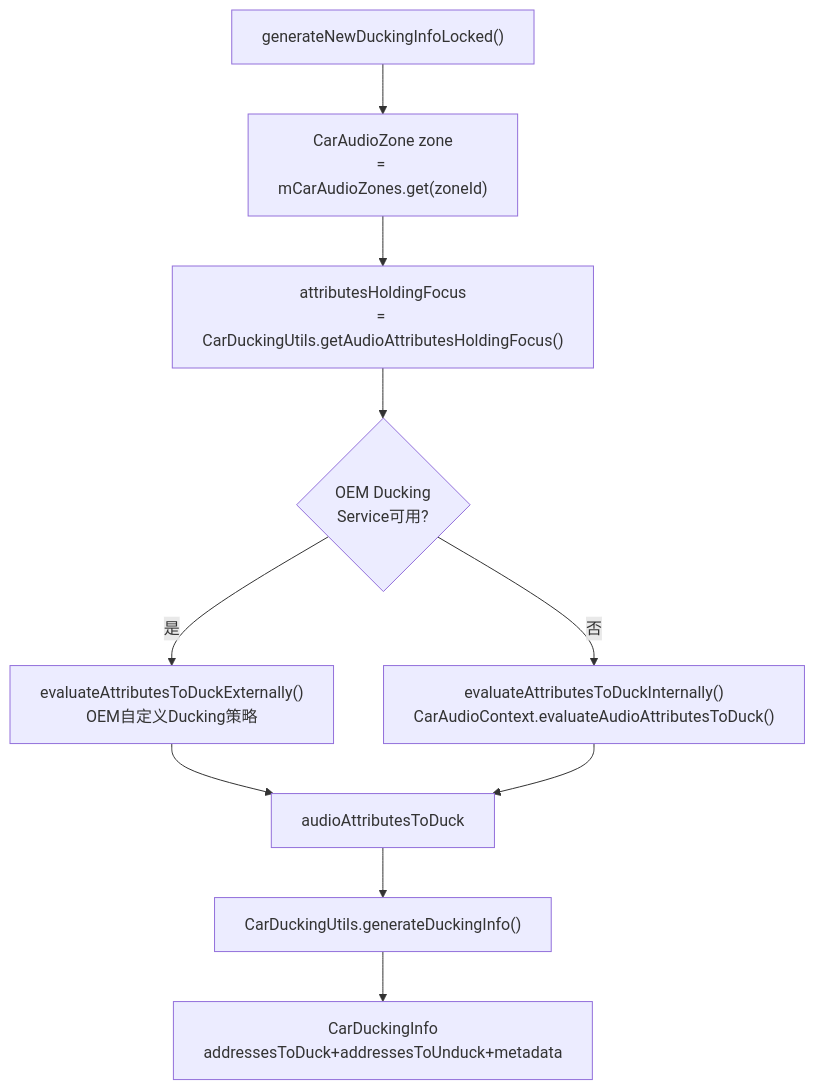
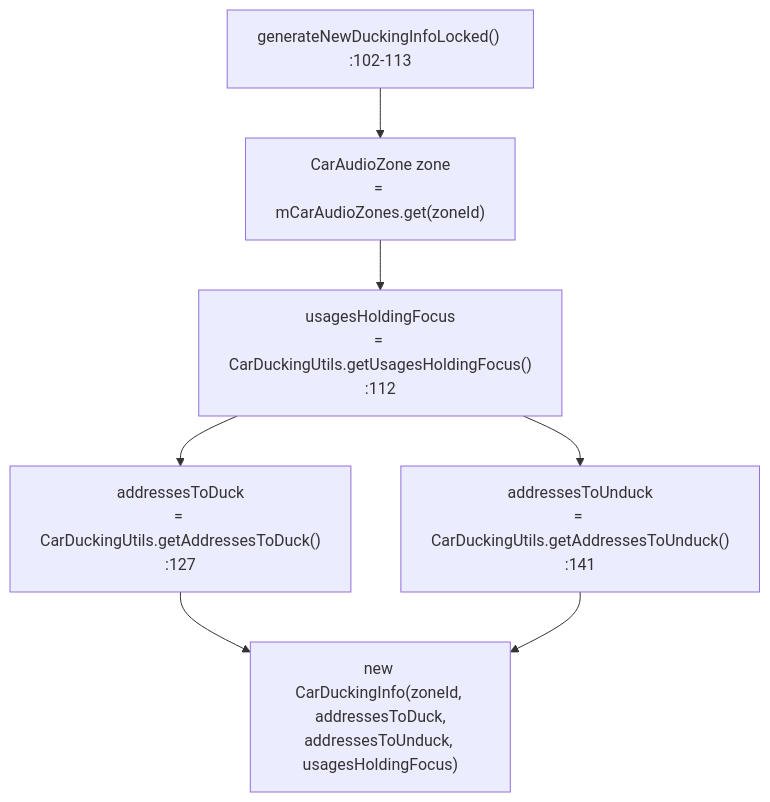
The second of 5 diagrams in 10_AudioControl_HAL/10_10.4_Ducking机制.md (yanglinzhen1022/SA8295_AAOS_QNX_Audio_KnowledgeBase), drawn with Mermaid before and after one commit. The commit also changed other lines of this file and 16 other files, not shown here.

````diff
--- a/10_AudioControl_HAL/10_10.4_Ducking机制.md
+++ b/10_AudioControl_HAL/10_10.4_Ducking机制.md
@@ -47,12 +47,9 @@
 ```mermaid
 flowchart TB
-    START["generateNewDuckingInfoLocked()"] --> ZONE["CarAudioZone zone<br>= mCarAudioZones.get(zoneId)"]
-    ZONE --> ATTRS["attributesHoldingFocus<br>= CarDuckingUtils.getAudioAttributesHoldingFocus()"]
-    ATTRS --> OEMCHK{"OEM Ducking<br>Service可用?"}
-    OEMCHK -->|"是"| EXTERNAL["evaluateAttributesToDuckExternally()<br>OEM自定义Ducking策略"]
-    OEMCHK -->|"否"| INTERNAL["evaluateAttributesToDuckInternally()<br>CarAudioContext.evaluateAudioAttributesToDuck()"]
-    EXTERNAL --> DUCKATTRS["audioAttributesToDuck"]
-    INTERNAL --> DUCKATTRS
-    DUCKATTRS --> GENINFO["CarDuckingUtils.generateDuckingInfo()"]
-    GENINFO --> RESULT["CarDuckingInfo<br>addressesToDuck+addressesToUnduck+metadata"]
+    START["generateNewDuckingInfoLocked() :102-113"] --> ZONE["CarAudioZone zone<br>= mCarAudioZones.get(zoneId)"]
+    ZONE --> USAGES["usagesHoldingFocus<br>= CarDuckingUtils.getUsagesHoldingFocus()<br>:112"]
+    USAGES --> DUCKADDR["addressesToDuck<br>= CarDuckingUtils.getAddressesToDuck()<br>:127"]
+    USAGES --> UNDUCKADDR["addressesToUnduck<br>= CarDuckingUtils.getAddressesToUnduck()<br>:141"]
+    DUCKADDR --> RESULT["new CarDuckingInfo(zoneId, addressesToDuck,<br>addressesToUnduck, usagesHoldingFocus)"]
+    UNDUCKADDR --> RESULT
 ```
````
